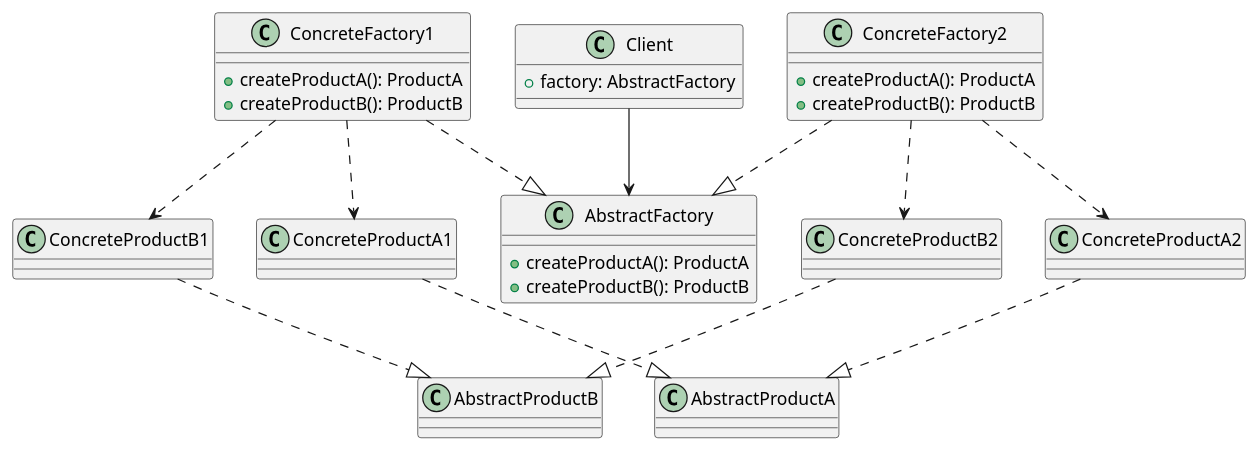
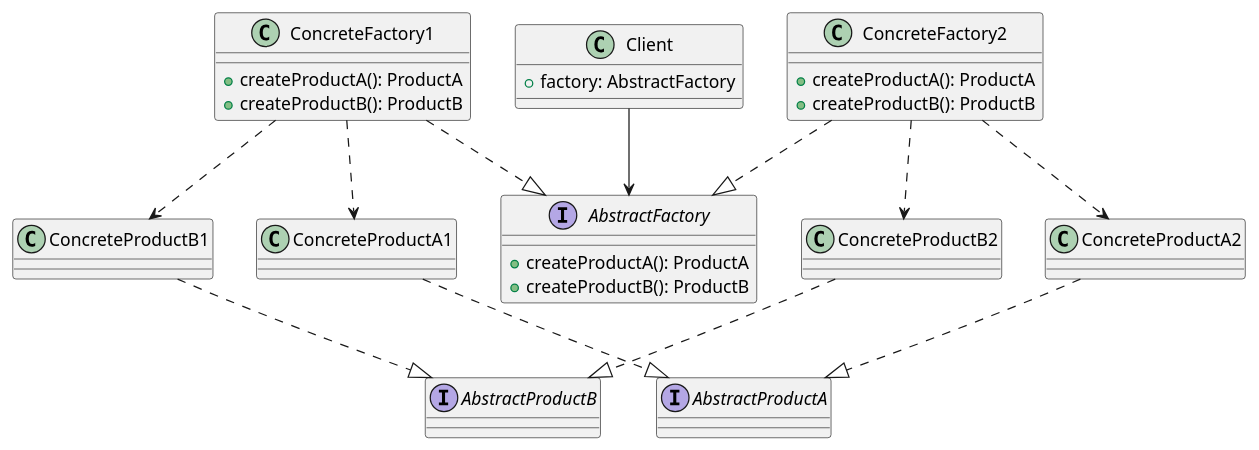
Diagram 11 of 12 in Education/Courses/Architecture СЛЕРМ.md (Nikolaj9596/BaseKnowledge-), drawn with PlantUML before and after one commit. The commit also changed other lines of this file and 2 other files, not shown here.

````diff
--- a/Education/Courses/Architecture СЛЕРМ.md
+++ b/Education/Courses/Architecture СЛЕРМ.md
@@ -187,41 +187,41 @@
 ```plantuml
 class Client{
 	+ factory: AbstractFactory
 }
 
 class ConcreteFactory1{
 	+ createProductA(): ProductA
 	+ createProductB(): ProductB
 }
 class ConcreteFactory2{
 	+ createProductA(): ProductA
 	+ createProductB(): ProductB
 }
 
-class AbstractFactory{
+interface AbstractFactory{
 	+ createProductA(): ProductA
 	+ createProductB(): ProductB
 }
 
 class ConcreteProductA1{}
 class ConcreteProductA2{}
-class AbstractProductA{}
+interface AbstractProductA{}
 
 class ConcreteProductB1{}
 class ConcreteProductB2{}
-class AbstractProductB{}
+interface AbstractProductB{}
 
 Client --> AbstractFactory
 ConcreteFactory1 ..|> AbstractFactory
 ConcreteFactory2 ..|> AbstractFactory
 
 ConcreteFactory1 ..> ConcreteProductA1
 ConcreteFactory1 ..> ConcreteProductB1
 ConcreteFactory2 ..> ConcreteProductA2
 ConcreteFactory2 ..> ConcreteProductB2
 
 ConcreteProductA1 ..|> AbstractProductA
 ConcreteProductA2 ..|> AbstractProductA
 ConcreteProductB1 ..|> AbstractProductB
 ConcreteProductB2 ..|> AbstractProductB
 ```
````
